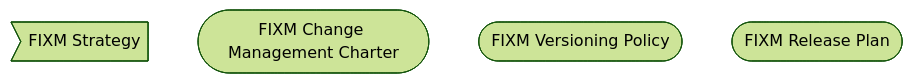
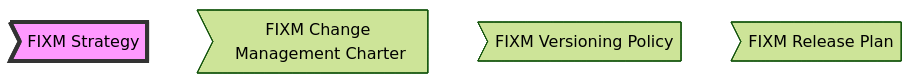
The diagram in docs/home.md (hlepori/test_docsify), drawn with Mermaid (forest theme) before and after one commit.

````diff
--- a/docs/home.md
+++ b/docs/home.md
@@ -9,9 +9,11 @@
 ```mermaid
 graph TD
 STRATEGY>FIXM Strategy]
-CHARTER([FIXM Change Management Charter])
-VERSIONING([FIXM Versioning Policy])
-RELEASEPLAN([FIXM Release Plan])
+CHARTER>FIXM Change Management Charter]
+VERSIONING>FIXM Versioning Policy]
+RELEASEPLAN>FIXM Release Plan]
+
+style STRATEGY fill:#f9f,stroke:#333,stroke-width:4px
 
 click STRATEGY "https://ost.eurocontrol.int/sites/FIXM/Lists/Bug%20reports/AllItems.aspx" "Go to the FIXM Strategy" _blank
 ```
````
